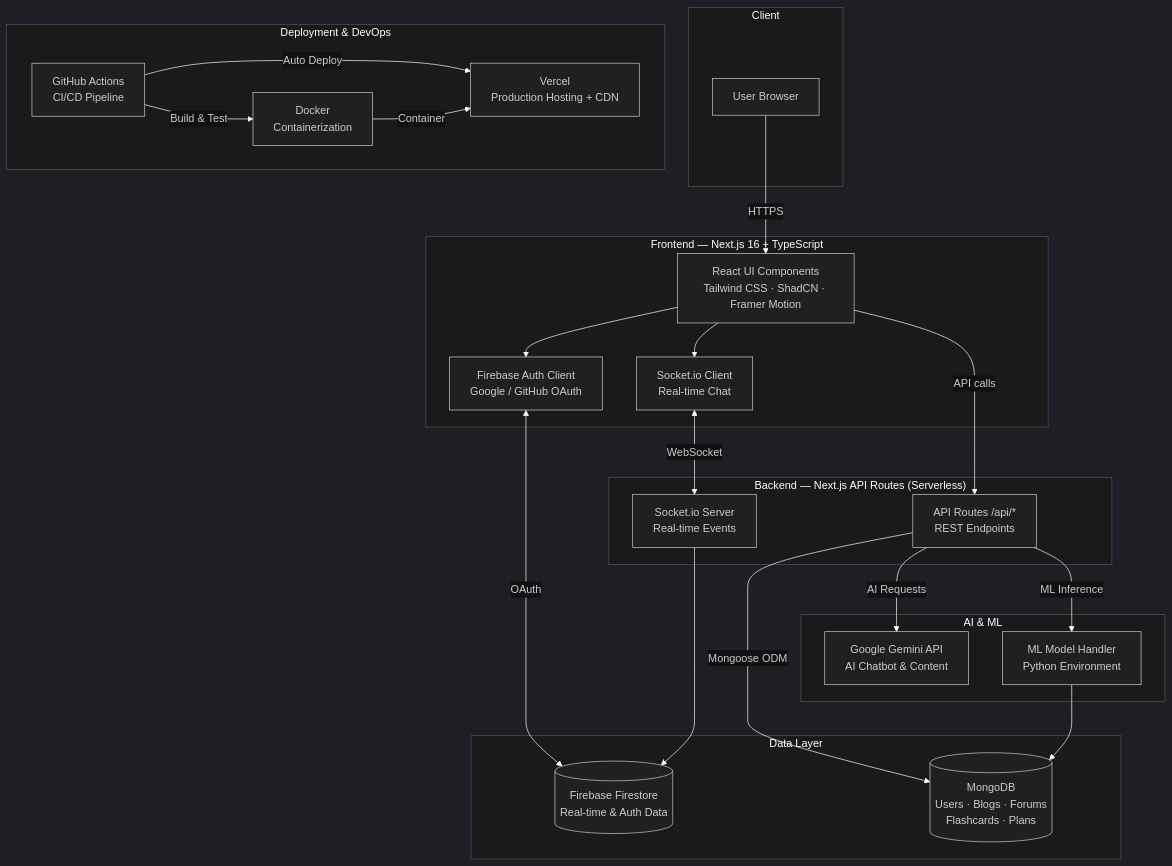
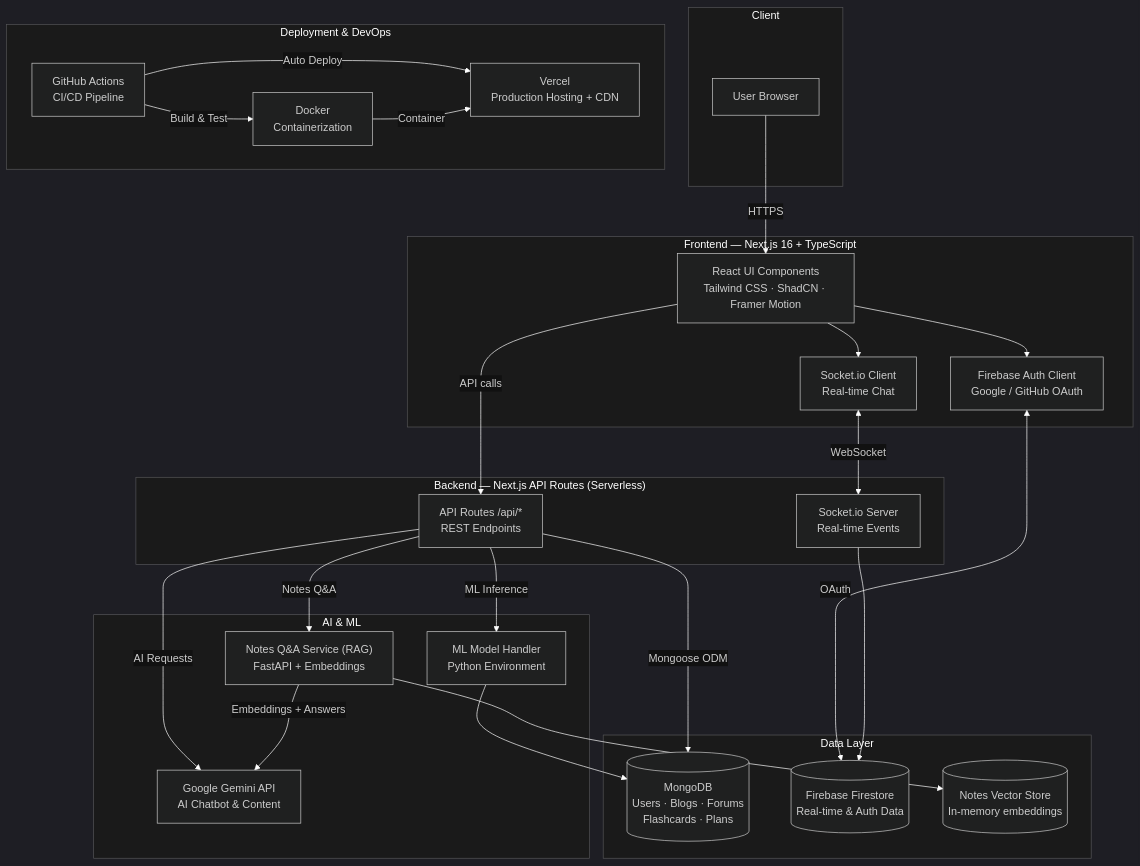
One commit to Hari-hara7/Academic-pal changed the diagram in README.md. Above: the diagram before and after it, drawn with Mermaid. The commit also changed other lines of this file and 15 other files, not shown here.

Commit message:
feat: add notes Q&A RAG feature and docs

````diff
--- a/README.md
+++ b/README.md
@@ -29,49 +29,54 @@
 ```mermaid
 %%{init: {"theme": "dark", "themeVariables": {"background": "#111111", "primaryColor": "#1e1e1e", "primaryTextColor": "#ffffff", "primaryBorderColor": "#ffffff", "lineColor": "#ffffff", "secondaryColor": "#1a1a1a", "tertiaryColor": "#0d0d0d", "clusterBkg": "#1a1a1a", "titleColor": "#ffffff", "edgeLabelBackground": "#111111"}}}%%
 graph TB
     subgraph Client[" Client"]
         Browser["User Browser"]
     end
 
     subgraph FE[" Frontend — Next.js 16 + TypeScript"]
         UI["React UI Components\nTailwind CSS · ShadCN · Framer Motion"]
         AuthClient["Firebase Auth Client\nGoogle / GitHub OAuth"]
         SocketClient["Socket.io Client\nReal-time Chat"]
     end
 
     subgraph BE[" Backend — Next.js API Routes (Serverless)"]
         APIRoutes["API Routes /api/*\nREST Endpoints"]
         SocketServer["Socket.io Server\nReal-time Events"]
     end
 
     subgraph AI[" AI & ML"]
         GeminiAPI["Google Gemini API\nAI Chatbot & Content"]
+        NotesQAService["Notes Q&A Service (RAG)\nFastAPI + Embeddings"]
         MLHandler["ML Model Handler\nPython Environment"]
     end
 
     subgraph DB[" Data Layer"]
         MongoDB[("MongoDB\nUsers · Blogs · Forums\nFlashcards · Plans")]
         FirestoreDB[("Firebase Firestore\nReal-time & Auth Data")]
+        NotesStore[("Notes Vector Store\nIn-memory embeddings")]
     end
 
     subgraph Deploy[" Deployment & DevOps"]
         Vercel["Vercel\nProduction Hosting + CDN"]
         Docker["Docker\nContainerization"]
         CI["GitHub Actions\nCI/CD Pipeline"]
     end
 
     Browser -->|HTTPS| UI
     UI --> AuthClient
     UI --> SocketClient
     UI -->|API calls| APIRoutes
     AuthClient <-->|OAuth| FirestoreDB
     SocketClient <-->|WebSocket| SocketServer
     APIRoutes -->|Mongoose ODM| MongoDB
     APIRoutes -->|AI Requests| GeminiAPI
+    APIRoutes -->|Notes Q&A| NotesQAService
     APIRoutes -->|ML Inference| MLHandler
     MLHandler --> MongoDB
+    NotesQAService -->|Embeddings + Answers| GeminiAPI
+    NotesQAService --> NotesStore
     SocketServer --> FirestoreDB
     CI -->|Build & Test| Docker
     CI -->|Auto Deploy| Vercel
     Docker -->|Container| Vercel
 ```
````
